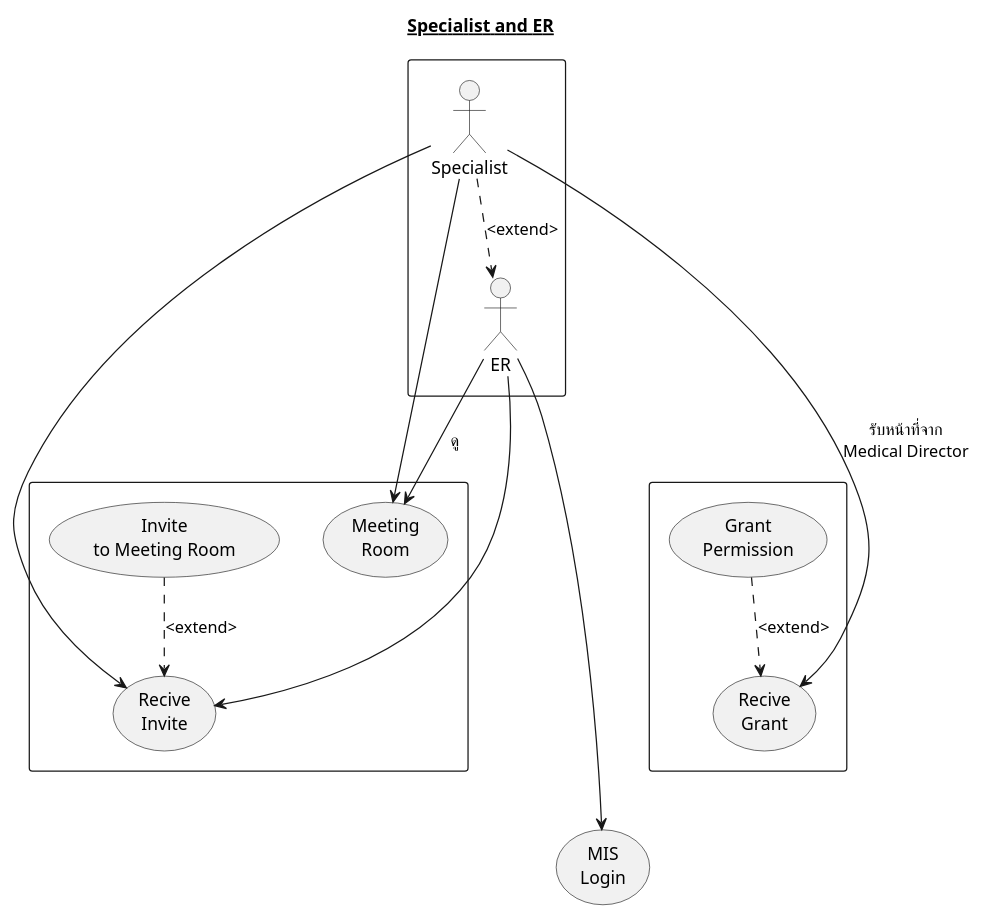
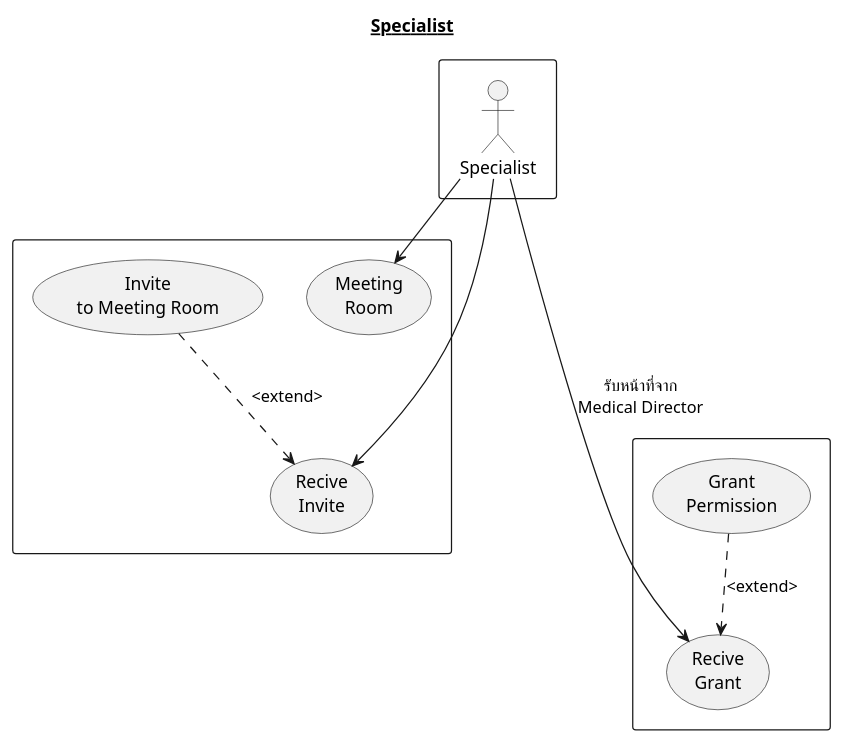
One commit to lionants02/mis-api-doc changed the diagram in uml/scenario_SP_ER.plantuml. Above: the diagram before and after it, drawn with PlantUML. The commit also changed 14 other files, not shown here.

Commit message:
update diagram

```diff
--- a/uml/scenario_SP_ER.plantuml
+++ b/uml/scenario_SP_ER.plantuml
@@ -1,32 +1,25 @@
 @startuml
-Title __Specialist and ER__
+Title __Specialist__
 
-  usecase (MIS\nLogin) as MISLogin
   rectangle {
     :Specialist: as Specialist
-    :ER: as ER
-    Specialist ..> ER :<extend>
   }
 
   rectangle {
     usecase (Meeting\nRoom) as MeetingRoom
     usecase (Invite\nto Meeting Room) as InviteToMeetingRoom
     usecase (Recive\nInvite) as ReciveInvite
     InviteToMeetingRoom ..> ReciveInvite :<extend>
   }
 
   rectangle {
     usecase (Grant\nPermission) as GrantPermission
     usecase (Recive\nGrant) as ReciveGrant
     GrantPermission ..> ReciveGrant:<extend>
   }
 
-  ER ----> MISLogin
-  ER --> ReciveInvite
-  ER --> MeetingRoom : ดู
-
   Specialist ----> ReciveGrant : รับหน้าที่จาก\nMedical Director
   Specialist --> MeetingRoom
   Specialist --> ReciveInvite
 
 @enduml
```
